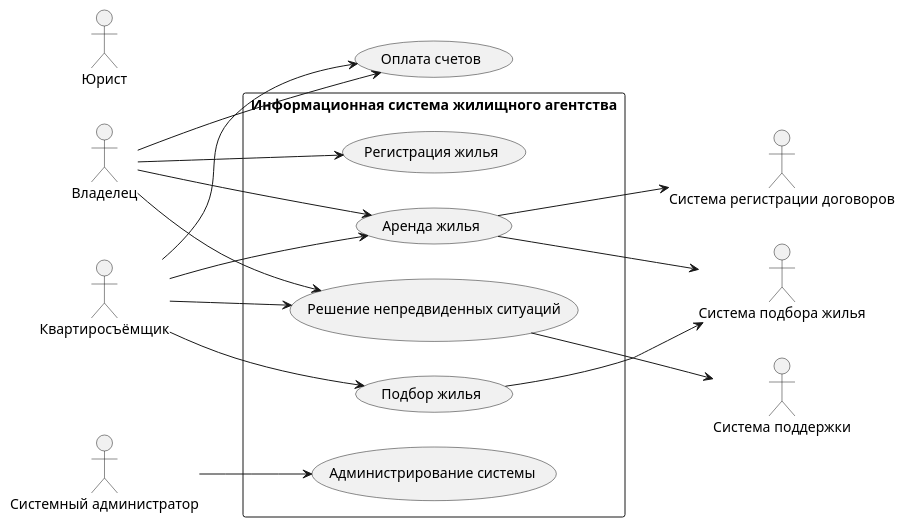
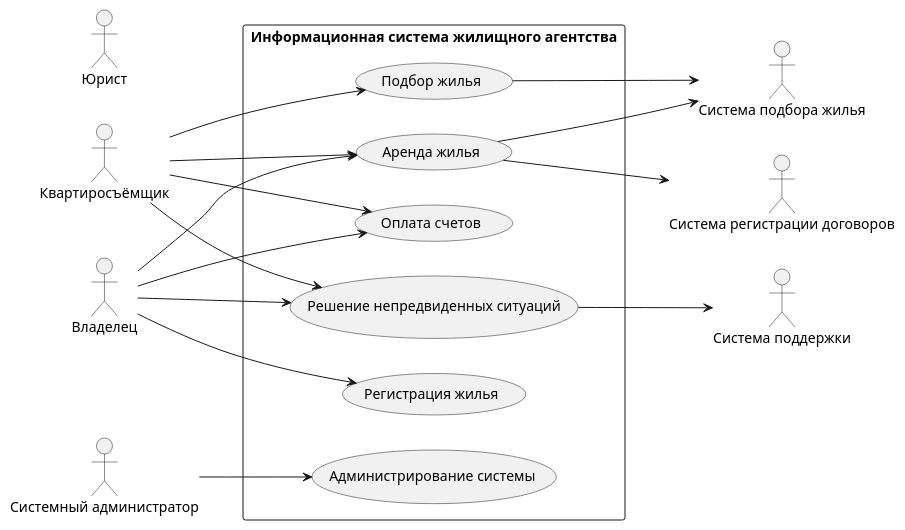
The diagram in Diagrama_precedent.md (penamarth/bsbo-01-22_team4_var8), drawn with PlantUML before and after one commit.

Commit message:
Add new system

````diff
--- a/Diagrama_precedent.md
+++ b/Diagrama_precedent.md
@@ -1,43 +1,43 @@
 ```plantuml
 @startuml
 skinparam packageStyle rect
 left to right direction
 
 :Квартиросъёмщик:
 :Владелец:
 :Системный администратор:
 :Юрист:
 
 package "Информационная система жилищного агентства" {
-
+(Оплата счетов)
 (Подбор жилья)
 (Регистрация жилья)
 (Аренда жилья)
 (Администрирование системы)
 (Решение непредвиденных ситуаций)
 }
 
 :Квартиросъёмщик: --> (Подбор жилья)
 :Квартиросъёмщик: --> (Аренда жилья)
 :Квартиросъёмщик: --> (Оплата счетов)
 
 :Владелец: --> (Регистрация жилья)
 :Владелец: --> (Аренда жилья)
 :Владелец: --> (Оплата счетов)
 
 :Системный администратор: --> (Администрирование системы)
 
 :Владелец: --> (Решение непредвиденных ситуаций)
 :Квартиросъёмщик: --> (Решение непредвиденных ситуаций)
 
 :Система регистрации договоров:
 :Система подбора жилья:
 :Система поддержки:
 
 (Подбор жилья) --> :Система подбора жилья:
 (Решение непредвиденных ситуаций) --> :Система поддержки:
 (Аренда жилья) --> :Система подбора жилья:
 (Аренда жилья) --> :Система регистрации договоров:
 
 @enduml
 ```
````
